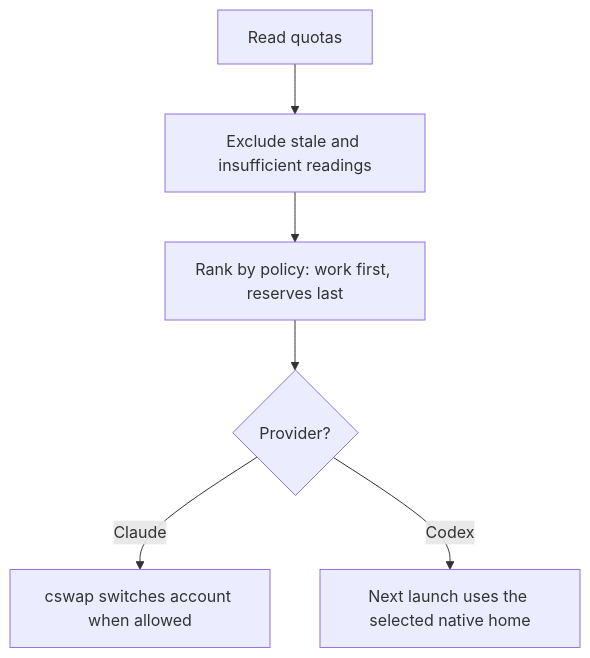
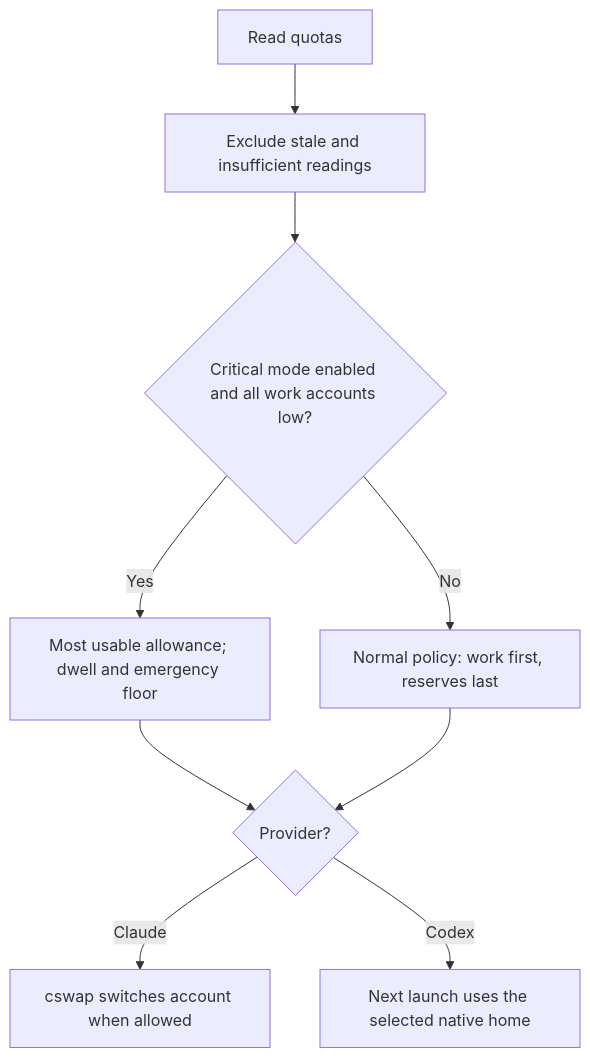
One commit to Mmore35/hotpl8 changed the diagram in README.md. Above: the diagram before and after it, drawn with Mermaid. The commit also changed other lines of this file and 49 other files, not shown here.

````diff
--- a/README.md
+++ b/README.md
@@ -19,8 +19,11 @@
 ```mermaid
 flowchart TD
     A[Read quotas] --> B[Exclude stale and insufficient readings]
-    B --> C[Rank by policy: work first, reserves last]
+    B --> G{Critical mode enabled and all work accounts low?}
+    G -- Yes --> H[Most usable allowance; dwell and emergency floor]
+    G -- No --> C[Normal policy: work first, reserves last]
+    H --> D
     C --> D{Provider?}
     D -- Claude --> E[cswap switches account when allowed]
     D -- Codex --> F[Next launch uses the selected native home]
 ```
````
